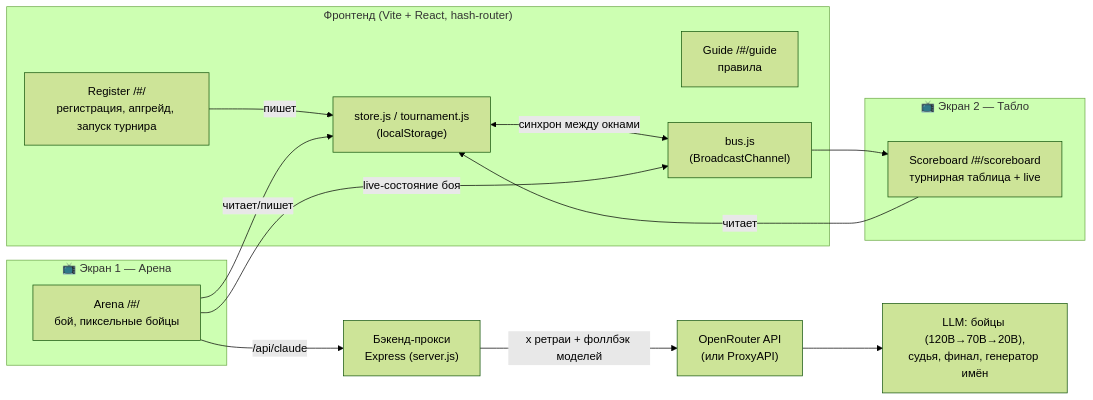
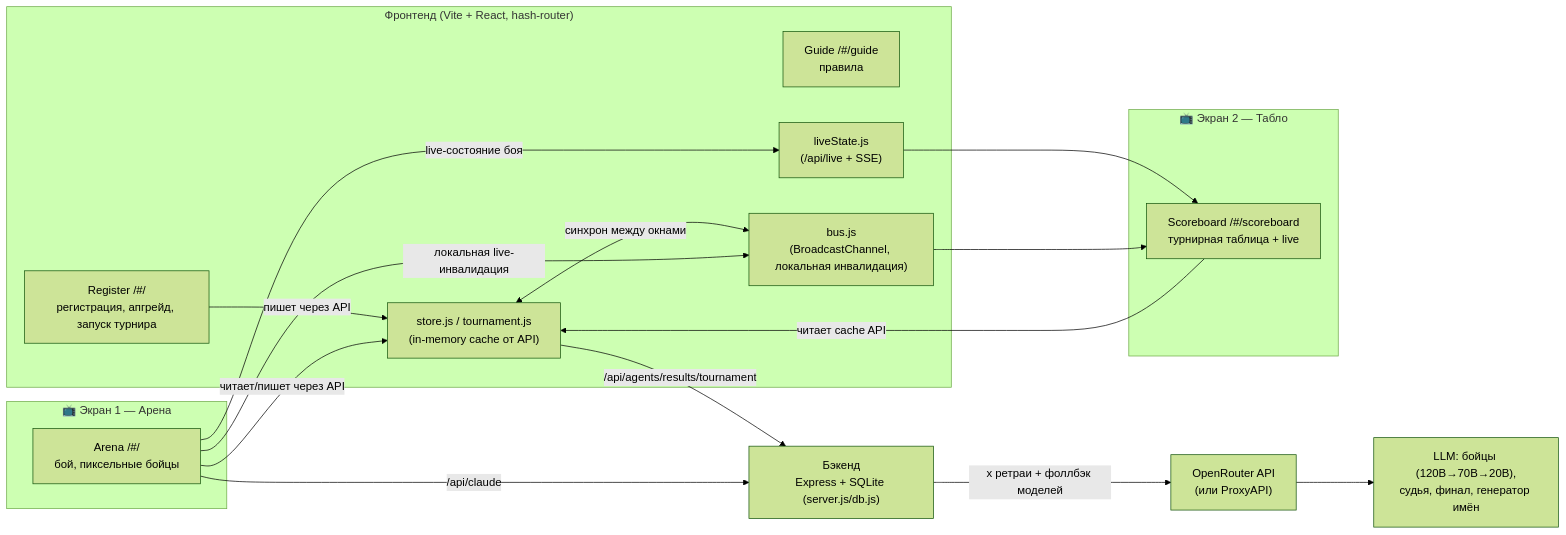
Before and after one commit to murrricci/debate-arena: the diagram in README.md, drawn with Mermaid (forest theme). The commit also changed other lines of this file and 15 other files, not shown here.

````diff
--- a/README.md
+++ b/README.md
@@ -21,30 +21,33 @@
 ```mermaid
 flowchart LR
   subgraph TV1["📺 Экран 1 — Арена"]
     Arena["Arena /#/<br/>бой, пиксельные бойцы"]
   end
   subgraph TV2["📺 Экран 2 — Табло"]
     Board["Scoreboard /#/scoreboard<br/>турнирная таблица + live"]
   end
   Reg["Register /#/<br/>регистрация, апгрейд, запуск турнира"]
   Guide["Guide /#/guide<br/>правила"]
 
   subgraph FE["Фронтенд (Vite + React, hash-router)"]
     Arena
     Board
     Reg
     Guide
-    Store["store.js / tournament.js<br/>(localStorage)"]
-    Bus["bus.js<br/>(BroadcastChannel)"]
+    Store["store.js / tournament.js<br/>(in-memory cache от API)"]
+    Live["liveState.js<br/>(/api/live + SSE)"]
+    Bus["bus.js<br/>(BroadcastChannel, локальная инвалидация)"]
   end
 
-  Reg -->|пишет| Store
-  Arena -->|читает/пишет| Store
-  Board -->|читает| Store
+  Reg -->|пишет через API| Store
+  Arena -->|читает/пишет через API| Store
+  Board -->|читает cache API| Store
   Store <-->|синхрон между окнами| Bus
-  Arena -->|live-состояние боя| Bus --> Board
+  Arena -->|live-состояние боя| Live --> Board
+  Arena -->|локальная live-инвалидация| Bus --> Board
 
-  Arena -->|"/api/claude"| BE["Бэкенд-прокси<br/>Express (server.js)"]
+  Store -->|"/api/agents/results/tournament"| BE["Бэкенд<br/>Express + SQLite (server.js/db.js)"]
+  Arena -->|"/api/claude"| BE
   BE -->|"x ретраи + фоллбэк моделей"| OR["OpenRouter API<br/>(или ProxyAPI)"]
   OR --> LLM["LLM: бойцы (120B→70B→20B),<br/>судья, финал, генератор имён"]
 ```
````
